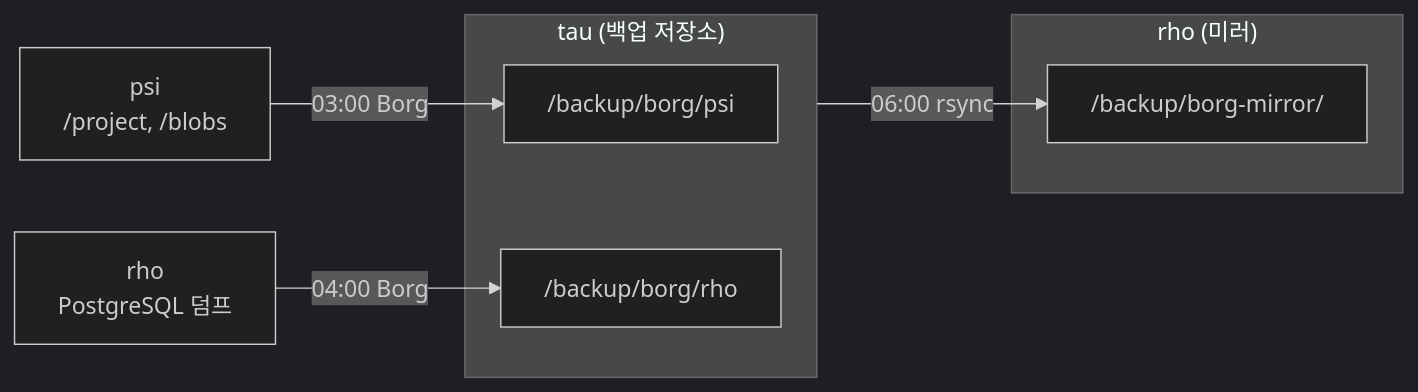
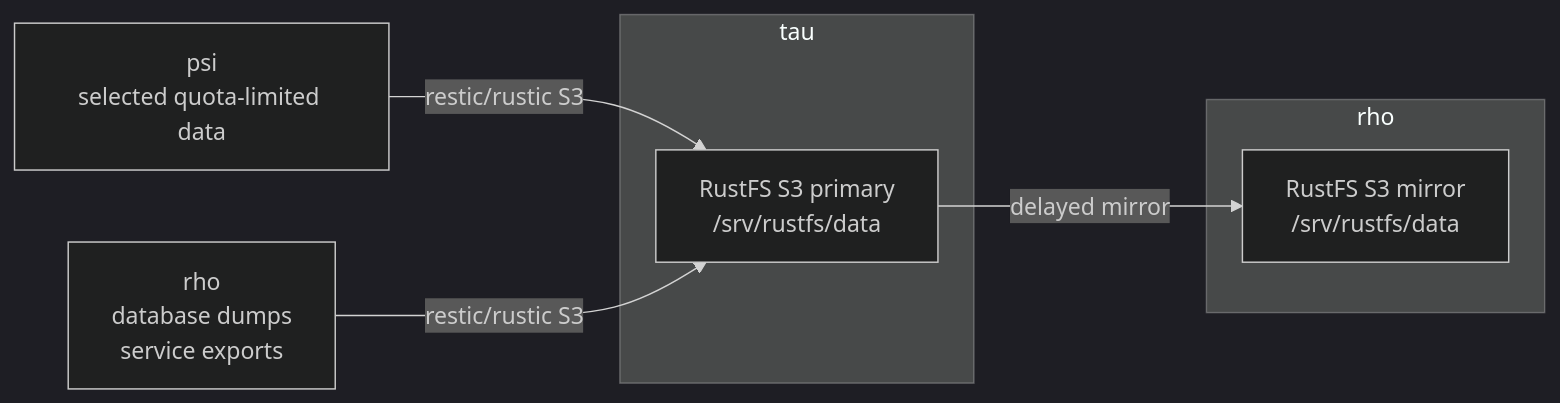
One commit to SBEE-Lab/infra changed the second of 2 diagrams in docs/admin/backup.md. Above: the diagram before and after it, drawn with Mermaid (dark theme). The commit also changed other lines of this file and 10 other files, not shown here.

First line of the commit message:
backup: retire borg backup arrays

````diff
--- a/docs/admin/backup.md
+++ b/docs/admin/backup.md
@@ -7,18 +22,17 @@
 ```mermaid
 flowchart LR
-  psi["psi<br/>/project, /blobs"]
-  rho_data["rho<br/>PostgreSQL 덤프"]
+  psi["psi<br/>selected quota-limited data"]
+  rho_src["rho<br/>database dumps<br/>service exports"]
 
-  subgraph tau["tau (백업 저장소)"]
-    borg_psi["/backup/borg/psi"]
-    borg_rho["/backup/borg/rho"]
+  subgraph tau["tau"]
+    tau_s3["RustFS S3 primary<br/>/srv/rustfs/data"]
   end
 
-  subgraph rho["rho (미러)"]
-    mirror["/backup/borg-mirror/"]
+  subgraph rho["rho"]
+    rho_s3["RustFS S3 mirror<br/>/srv/rustfs/data"]
   end
 
-  psi -- "03:00 Borg" --> borg_psi
-  rho_data -- "04:00 Borg" --> borg_rho
-  tau -- "06:00 rsync" --> mirror
+  psi -- "restic/rustic S3" --> tau_s3
+  rho_src -- "restic/rustic S3" --> tau_s3
+  tau_s3 -- "delayed mirror" --> rho_s3
 ```
````
